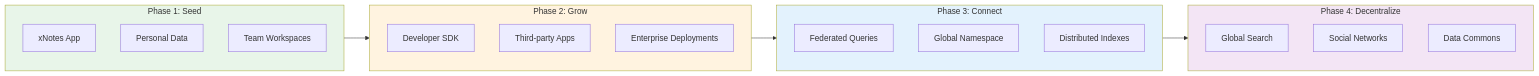
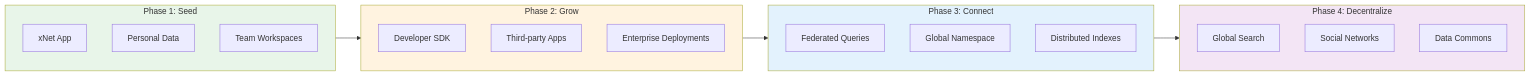
One commit to crs48/xNet changed the second of 6 diagrams in docs/VISION.md. Above: the diagram before and after it, drawn with Mermaid. The commit also changed other lines of this file and 44 other files, not shown here.

First line of the commit message:
Rename xNotes to xNet throughout codebase

````diff
--- a/docs/VISION.md
+++ b/docs/VISION.md
@@ -97,33 +97,33 @@
 ```mermaid
 flowchart LR
     subgraph PHASE1["Phase 1: Seed"]
-        XNOTES["xNotes App"]
+        XNOTES["xNet App"]
         PERSONAL["Personal Data"]
         TEAMS["Team Workspaces"]
     end
 
     subgraph PHASE2["Phase 2: Grow"]
         SDK["Developer SDK"]
         APPS["Third-party Apps"]
         ENTERPRISE["Enterprise Deployments"]
     end
 
     subgraph PHASE3["Phase 3: Connect"]
         FEDERATION["Federated Queries"]
         NAMESPACE["Global Namespace"]
         INDEXES["Distributed Indexes"]
     end
 
     subgraph PHASE4["Phase 4: Decentralize"]
         SEARCH["Global Search"]
         SOCIAL["Social Networks"]
         COMMONS["Data Commons"]
     end
 
     PHASE1 --> PHASE2 --> PHASE3 --> PHASE4
 
     style PHASE1 fill:#e8f5e9
     style PHASE2 fill:#fff3e0
     style PHASE3 fill:#e3f2fd
     style PHASE4 fill:#f3e5f5
 ```
````
